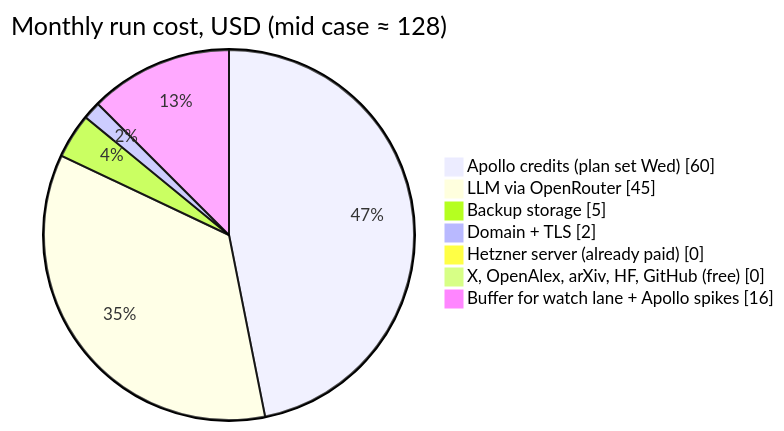
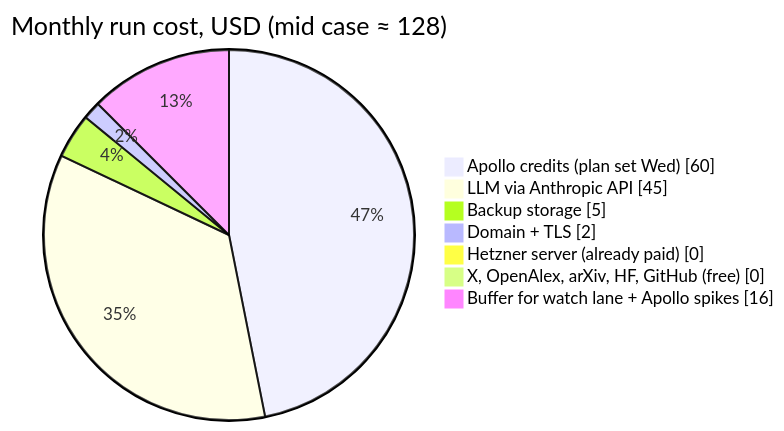
Before and after one commit to Trishi7/Saley: diagram 17 of 19 in docs/01-architecture.md, drawn with Mermaid. The commit also changed other lines of this file and 121 other files, not shown here.

````diff
--- a/docs/01-architecture.md
+++ b/docs/01-architecture.md
@@ -410,10 +412,10 @@
 ```mermaid
 pie showData title Monthly run cost, USD (mid case ≈ 128)
   "Apollo credits (plan set Wed)" : 60
-  "LLM via OpenRouter" : 45
+  "LLM via Anthropic API" : 45
   "Backup storage" : 5
   "Domain + TLS" : 2
   "Hetzner server (already paid)" : 0
   "X, OpenAlex, arXiv, HF, GitHub (free)" : 0
   "Buffer for watch lane + Apollo spikes" : 16
 ```
````
